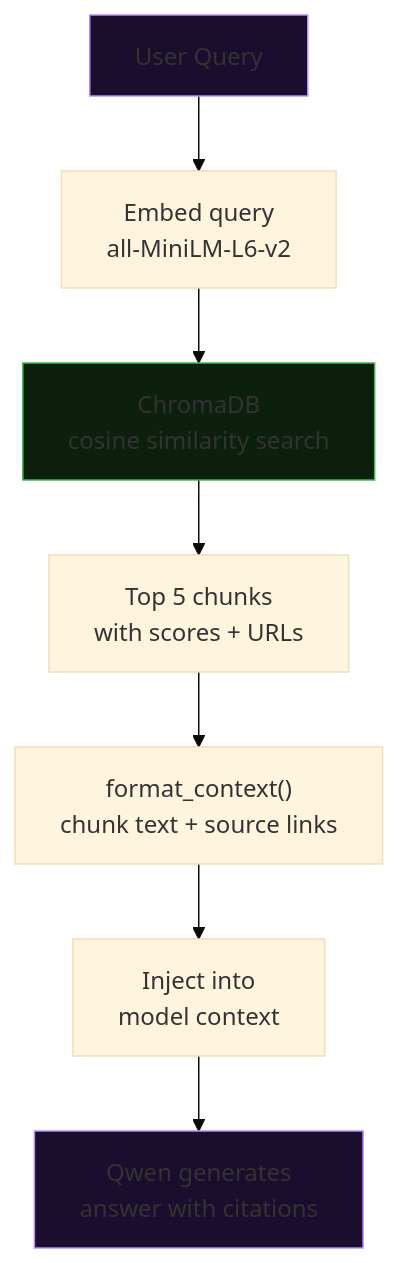
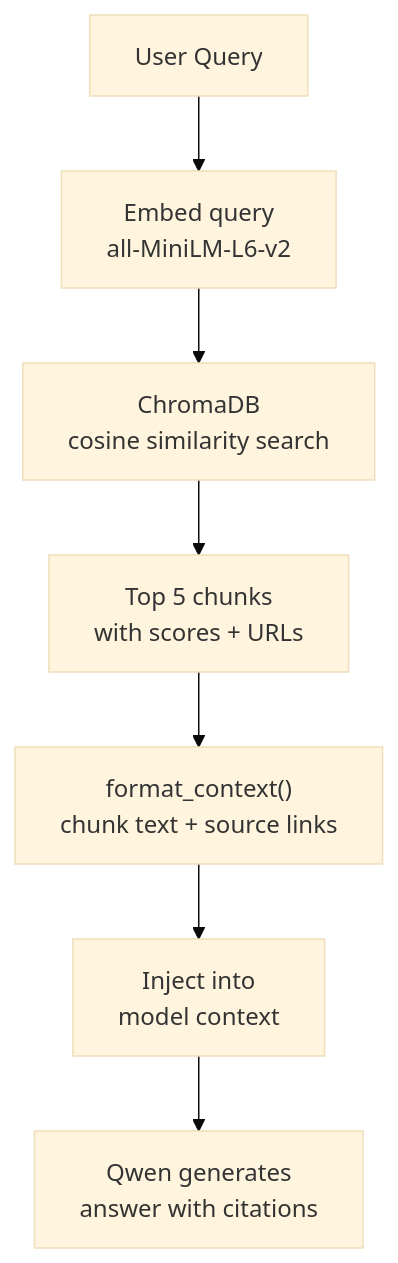
Before and after one commit to sutheesh/OpenChat: the fourth of 5 diagrams in README.md, drawn with Mermaid (base theme). The commit also changed other lines of this file and 1 other file, not shown here.

Commit message:
update architecture

````diff
--- a/README.md
+++ b/README.md
@@ -403,13 +306,10 @@
 ```mermaid
 flowchart TD
     Q["User Query"] --> E1["Embed query<br/>all-MiniLM-L6-v2"]
     E1 --> VS["ChromaDB<br/>cosine similarity search"]
     VS --> R["Top 5 chunks<br/>with scores + URLs"]
     R --> CTX["format_context()<br/>chunk text + source links"]
     CTX --> INJ["Inject into<br/>model context"]
     INJ --> ANS["Qwen generates<br/>answer with citations"]
 
-    style Q fill:#1a0d2e,stroke:#bc8cff
-    style ANS fill:#1a0d2e,stroke:#bc8cff
-    style VS fill:#0d1f0d,stroke:#3fb950
 ```
````
